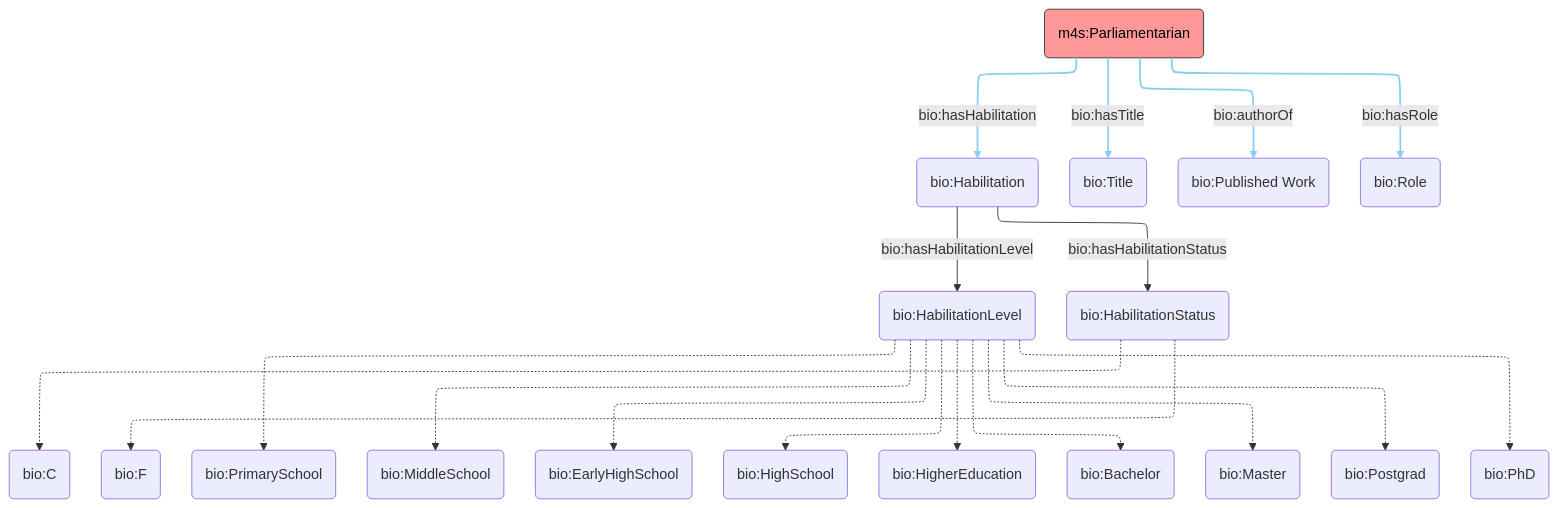
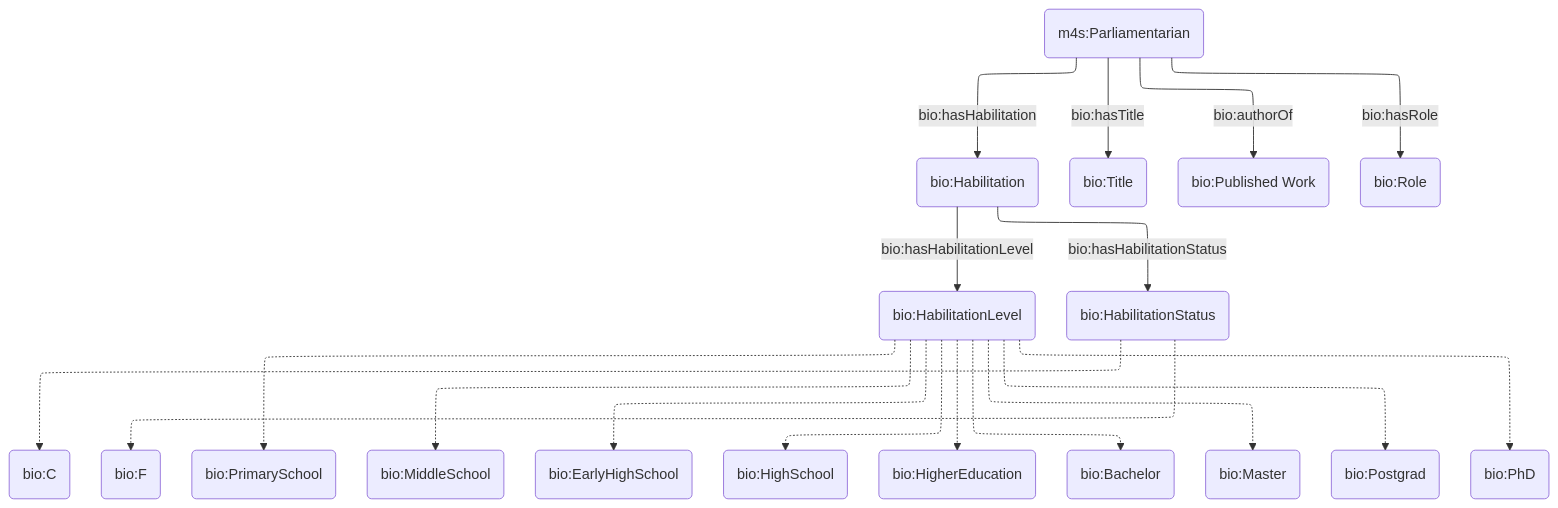
The diagram in POLIS/AR/biographic/bio.mmd (politrackpt/ontologies), drawn with Mermaid before and after one commit.

```diff
--- a/POLIS/AR/biographic/bio.mmd
+++ b/POLIS/AR/biographic/bio.mmd
@@ -1,27 +1,23 @@
 ---
 config:
   layout: elk
 ---
 flowchart TB
     MP(m4s:Parliamentarian) -- bio:hasHabilitation --> Edu(bio:Habilitation)
     MP -- bio:hasTitle --> Title(bio:Title)
     MP -- bio:authorOf --> Document(bio:Published Work)
     MP -- bio:hasRole --> Role(bio:Role)
     Edu -- bio:hasHabilitationLevel --> Level(bio:HabilitationLevel)
     Edu -- bio:hasHabilitationStatus --> Status(bio:HabilitationStatus)
     Status -.-> bio:C("bio:C")
     Status -.-> bio:F("bio:F")
 
     Level -.-> bio:PrimarySchool("bio:PrimarySchool")
     Level -.-> bio:MiddleSchool("bio:MiddleSchool")
     Level -.-> bio:EarlyHighSchool("bio:EarlyHighSchool")
     Level -.-> bio:HighSchool("bio:HighSchool")
     Level -.-> bio:HigherEducation("bio:HigherEducation")
     Level -.-> bio:Bachelor("bio:Bachelor")
     Level -.-> bio:Master("bio:Master")
     Level -.-> bio:Postgrad("bio:Postgrad")
     Level -.-> bio:PhD("bio:PhD")
-
-
-    style MP fill:#FF9999,stroke:#333,color:#000
-    linkStyle 0,1,2,3 stroke:#89CFF0,stroke-width:2px
```
